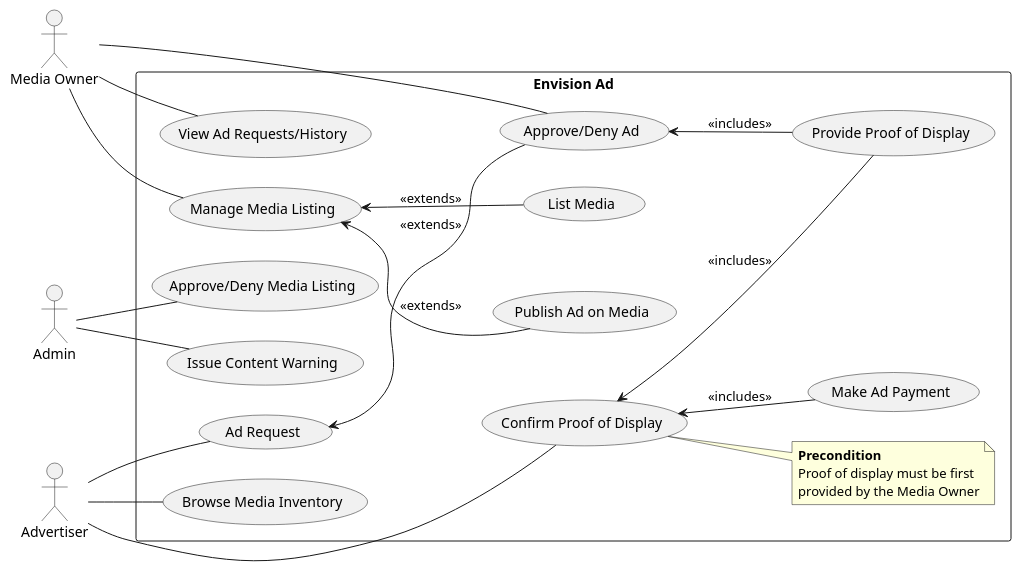
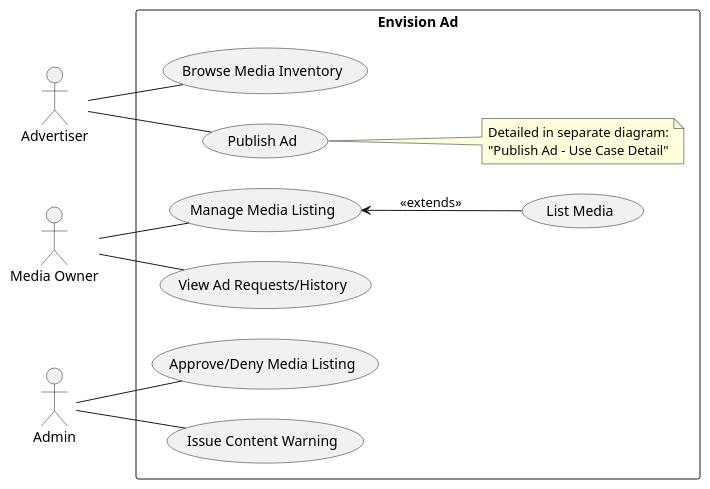
Before and after one commit to anvsult/visual-impact: the diagram in docs/4-diagrams/use-case-diagram.puml, drawn with PlantUML. The commit also changed 1 other file, not shown here.

Commit message:
Finished extracting the Publish Ad use case

```diff
--- a/docs/4-diagrams/use-case-diagram.puml
+++ b/docs/4-diagrams/use-case-diagram.puml
@@ -1,67 +1,73 @@
 @startuml
 left to right direction
 
 ' --- Increase spacing and make the box larger ---
 skinparam ranksep 40
 skinparam nodesep 30
 skinparam rectangle {
   Padding 40
   Margin 40
 }
 
 actor Advertiser as ADV
 actor "Media Owner" as MO
 actor Admin as ADM
 
 rectangle "Envision Ad" {
 
   ' --- Advertiser use cases ---
   usecase "Browse Media Inventory" as Browse
   ' usecase "Preview Ad on Media" as Preview
-  usecase "Ad Request" as Request
-  usecase "Make Ad Payment" as Pay
-  usecase "Confirm Proof of Display" as ConfirmProof
+  ' Extracted use case into another diagram "Publish Ad"
+  usecase "Publish Ad" as PublishAd
+'  usecase "Make Ad Payment" as Pay
+'  usecase "Confirm Proof of Display" as ConfirmProof
 
   ' --- Media Owner use cases ---
   usecase "Manage Media Listing" as ManageListing
   usecase "List Media" as ListMedia
-  usecase "Approve/Deny Ad" as ApproveAd
-  usecase "Publish Ad on Media" as PublishAd
-  usecase "Provide Proof of Display" as Proof
+'  usecase "Approve/Deny Ad" as ApproveAd
+'  usecase "Publish Ad on Media" as PublishAdOnMedia
+'  usecase "Provide Proof of Display" as Proof
   usecase "View Ad Requests/History" as ViewAd
 
   ' --- Admin use cases ---
   usecase "Approve/Deny Media Listing" as ApproveListing
   usecase "Issue Content Warning" as ContentWarning
 
-  ' --- Note ---
-  note right of ConfirmProof
-  <b>Precondition</b>
-  Proof of display must be first
-  provided by the Media Owner
-  end note
+note right of PublishAd
+  Detailed in separate diagram:
+  "Publish Ad – Use Case Detail"
+end note
 
+'  ' --- Note ---
+'  note right of ConfirmProof
+'  <b>Precondition</b>
+'  Proof of display must be first
+'  provided by the Media Owner
+'  end note
+'
   ' --- Actor connections (solid lines) ---
   ADV -- Browse
-  ADV -- Request
-  ADV -- ConfirmProof
+  ADV -- PublishAd
+'  ADV -- ConfirmProof
 
   ' keep media owner lines inside rectangle
-  MO -[hidden]-> ApproveAd
-  MO -[hidden]-> Proof
-  MO -- ApproveAd
+'  MO -[hidden]-> ApproveAd
+'  MO -[hidden]-> Proof
+'  MO -- ApproveAd
   MO -- ViewAd
   MO -- ManageListing
 
   ADM -- ApproveListing
   ADM -- ContentWarning
 
   ' --- Relationships (dotted, no arrows, all contained) ---
-  ConfirmProof <-- Pay     : <<includes>>
-  Request <-- ApproveAd     : <<extends>>
-  ConfirmProof <-- Proof   : <<includes>>
-  ApproveAd <-- Proof      : <<includes>>
+'  PublishAd <-- Pay     : <<includes>>
+'  Request <-- ApproveAd     : <<extends>>
+'  ConfirmProof <-- Proof   : <<includes>>
+'  ApproveAd <-- Proof      : <<includes>>
   ManageListing <-- ListMedia : <<extends>>
-  ManageListing <-- PublishAd : <<extends>>
+'  ManageListing <-- PublishAdOnMedia : <<extends>>
 }
 @enduml
```
